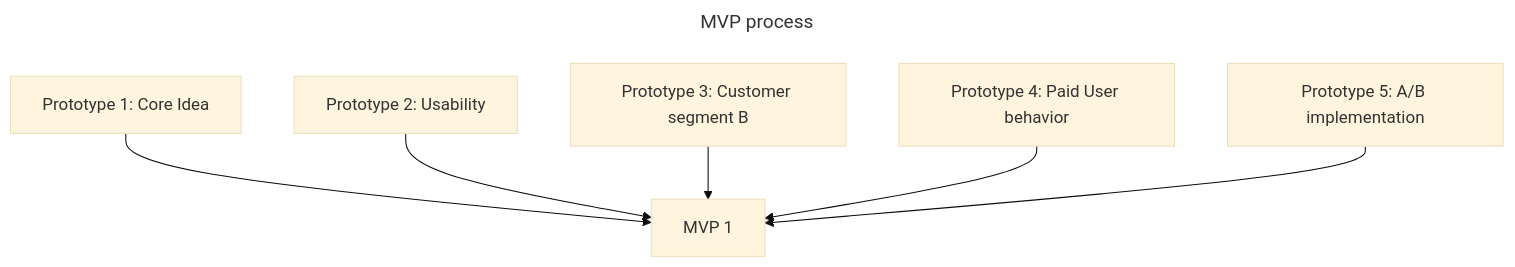
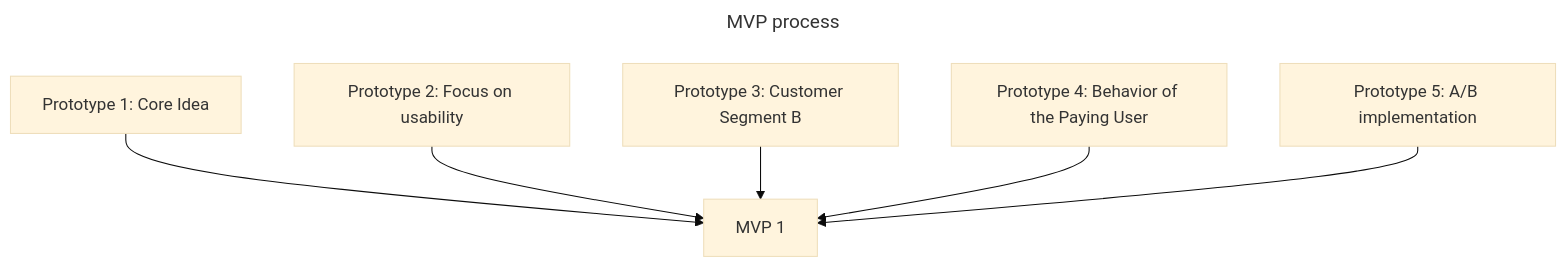
One commit to knatarasan/knatarasan.github.io changed the second of 3 diagrams in _posts/2025-07-03-this-is-prototype-book.md. Above: the diagram before and after it, drawn with Mermaid (base theme). The commit also changed other lines of this file, not shown here.

````diff
--- a/_posts/2025-07-03-this-is-prototype-book.md
+++ b/_posts/2025-07-03-this-is-prototype-book.md
@@ -66,11 +66,11 @@
 ```mermaid
 ---
 title: MVP process
 ---
 flowchart TB
 PT1[Prototype 1: Core Idea] --> MV[MVP 1]
-PT2[Prototype 2: Usability] --> MV
-PT3[Prototype 3: Customer segment B ] --> MV
-PT4[Prototype 4: Paid User behavior] --> MV
+PT2[Prototype 2: Focus on usability] --> MV
+PT3[Prototype 3: Customer Segment B ] --> MV
+PT4[Prototype 4: Behavior of the Paying User ] --> MV
 PT5[Prototype 5: A/B implementation] --> MV
 ```
````
